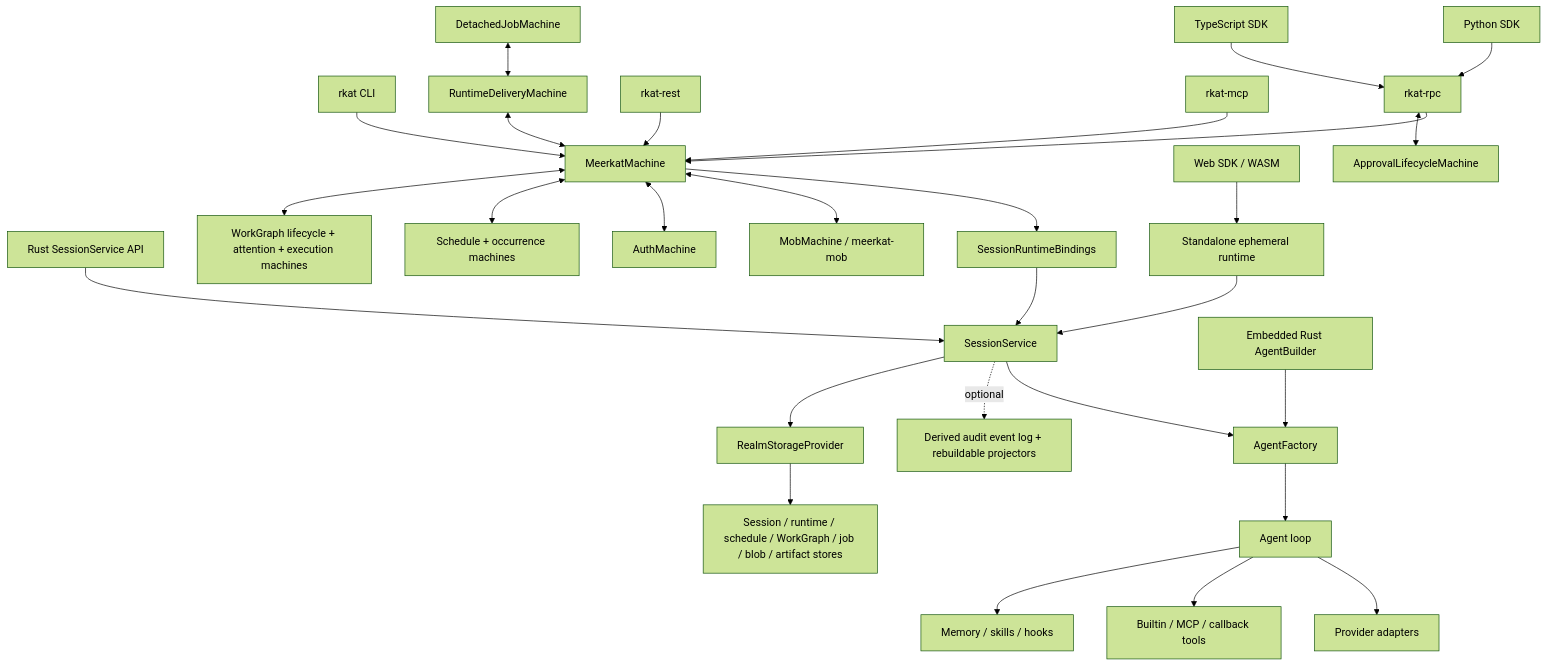
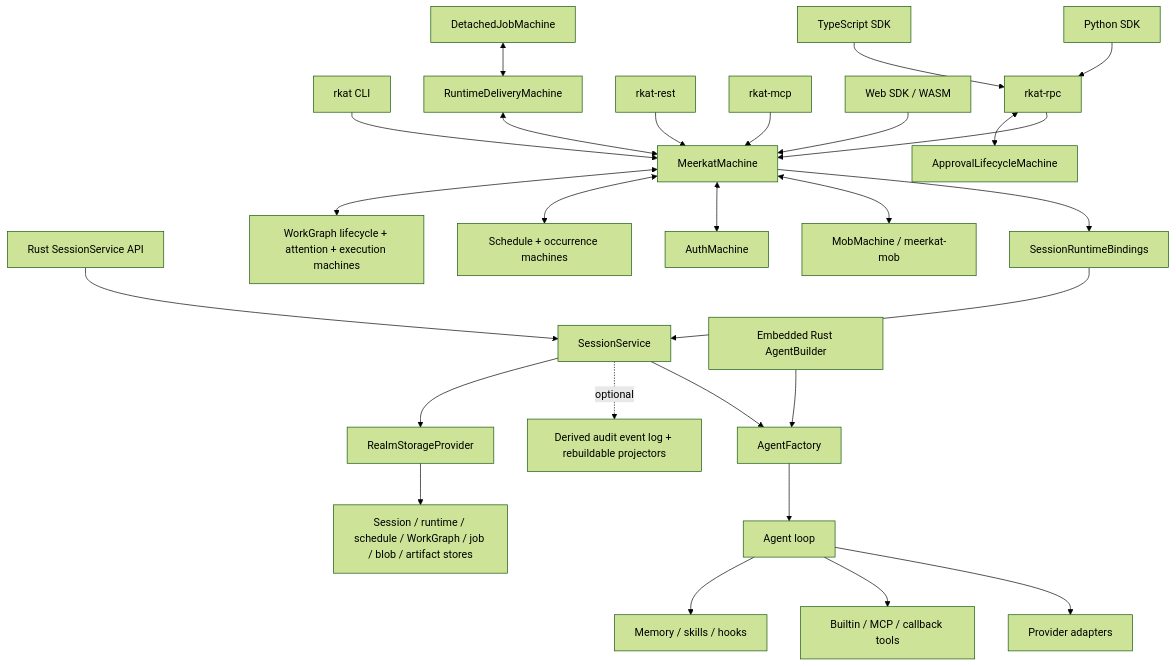
The diagram in docs/reference/architecture.mdx (lukacf/meerkat), drawn with Mermaid (forest theme) before and after one commit. The commit also changed other lines of this file and 32 other files, not shown here.

````diff
--- a/docs/reference/architecture.mdx
+++ b/docs/reference/architecture.mdx
@@ -20,33 +25,32 @@
 ```mermaid
 flowchart TD
     CLI["rkat CLI"] --> RUNTIME["MeerkatMachine"]
     RPC["rkat-rpc"] --> RUNTIME
     REST["rkat-rest"] --> RUNTIME
     MCP["rkat-mcp"] --> RUNTIME
     PY["Python SDK"] --> RPC
     TS["TypeScript SDK"] --> RPC
     RUST["Rust SessionService API"] --> SERVICE["SessionService"]
     EMBEDDED["Embedded Rust AgentBuilder"] --> FACTORY
-    WEB["Web SDK / WASM"] --> EPHEMERAL["Standalone ephemeral runtime"]
+    WEB["Web SDK / WASM"] --> RUNTIME
 
     RUNTIME --> BINDINGS["SessionRuntimeBindings"]
     BINDINGS --> SERVICE
-    EPHEMERAL --> SERVICE
     SERVICE --> FACTORY["AgentFactory"]
     SERVICE -. optional .-> EVENTS["Derived audit event log + rebuildable projectors"]
     FACTORY --> AGENT["Agent loop"]
 
     AGENT --> PROVIDERS["Provider adapters"]
     AGENT --> TOOLS["Builtin / MCP / callback tools"]
     AGENT --> MEMORY["Memory / skills / hooks"]
     SERVICE --> STORAGE["RealmStorageProvider"]
     STORAGE --> STORES["Session / runtime / schedule / WorkGraph / job / blob / artifact stores"]
 
     RUNTIME <--> MOB["MobMachine / meerkat-mob"]
     RUNTIME <--> AUTH["AuthMachine"]
     RPC <--> APPROVAL["ApprovalLifecycleMachine"]
     RUNTIME <--> SCHEDULE["Schedule + occurrence machines"]
     RUNTIME <--> WORKGRAPH["WorkGraph lifecycle + attention + execution machines"]
     JOBS["DetachedJobMachine"] <--> DELIVERY["RuntimeDeliveryMachine"]
     DELIVERY <--> RUNTIME
 ```
````
